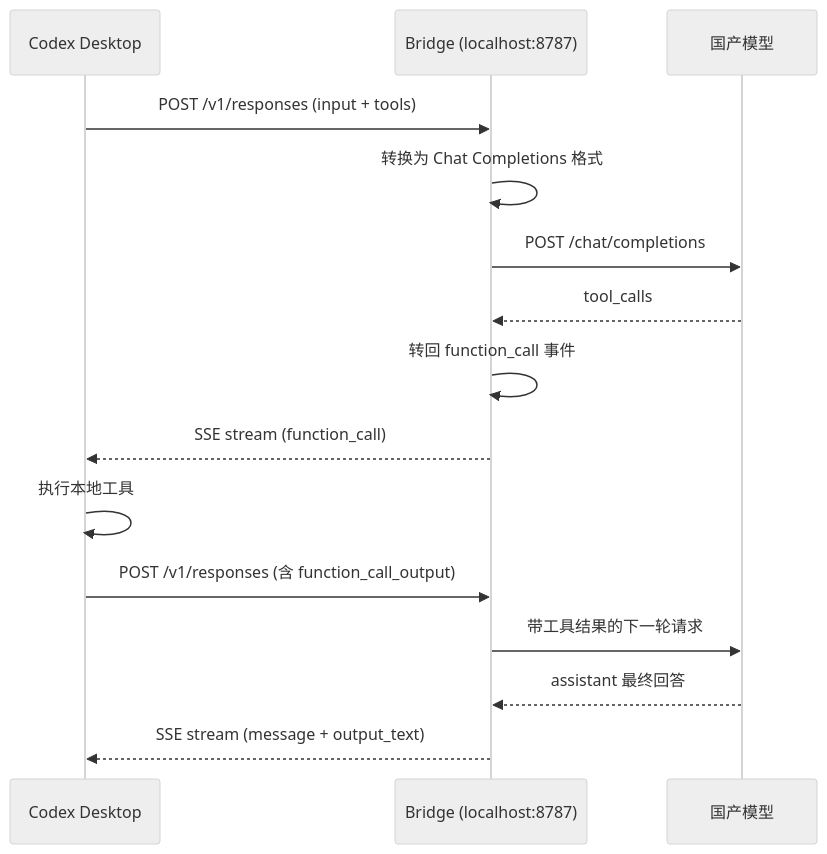
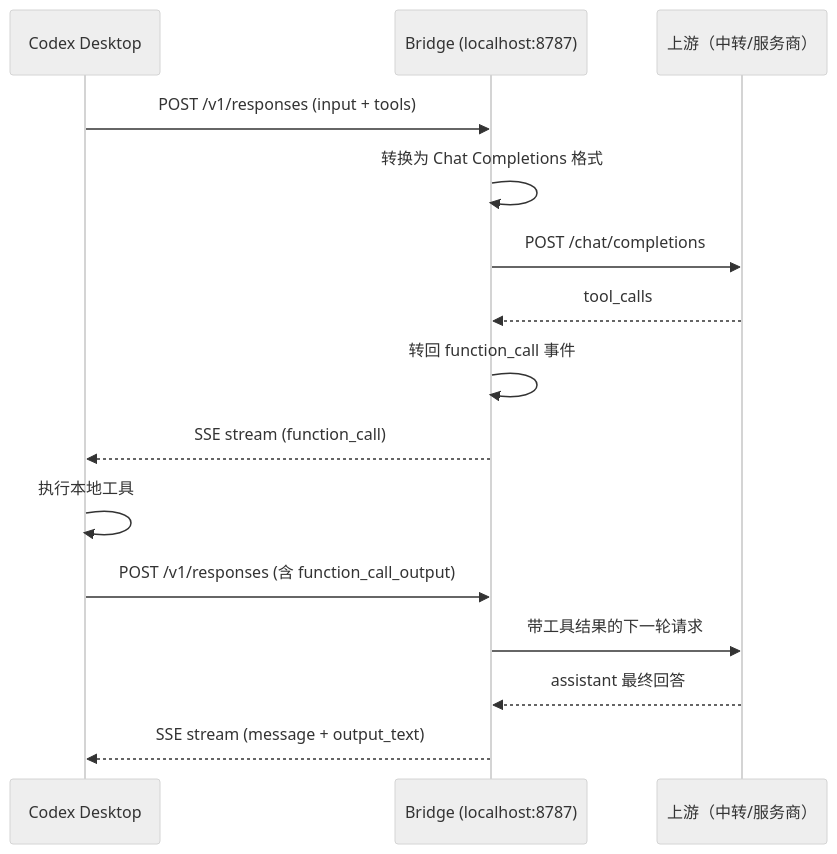
The diagram in README.md (LayLIiu/codex-bridge), drawn with Mermaid (neutral theme) before and after one commit. The commit also changed other lines of this file, not shown here.

Commit message:
docs: rewrite README to clarify Bridge is protocol-only, keys handled by proxy

````diff
--- a/README.md
+++ b/README.md
@@ -96,18 +122,18 @@
 ```mermaid
 sequenceDiagram
     participant Codex as Codex Desktop
     participant Bridge as Bridge (localhost:8787)
-    participant Model as 国产模型
+    participant Upstream as 上游（中转/服务商）
 
     Codex->>Bridge: POST /v1/responses (input + tools)
     Bridge->>Bridge: 转换为 Chat Completions 格式
-    Bridge->>Model: POST /chat/completions
-    Model-->>Bridge: tool_calls
+    Bridge->>Upstream: POST /chat/completions
+    Upstream-->>Bridge: tool_calls
     Bridge->>Bridge: 转回 function_call 事件
     Bridge-->>Codex: SSE stream (function_call)
     Codex->>Codex: 执行本地工具
     Codex->>Bridge: POST /v1/responses (含 function_call_output)
-    Bridge->>Model: 带工具结果的下一轮请求
-    Model-->>Bridge: assistant 最终回答
+    Bridge->>Upstream: 带工具结果的下一轮请求
+    Upstream-->>Bridge: assistant 最终回答
     Bridge-->>Codex: SSE stream (message + output_text)
 ```
````
